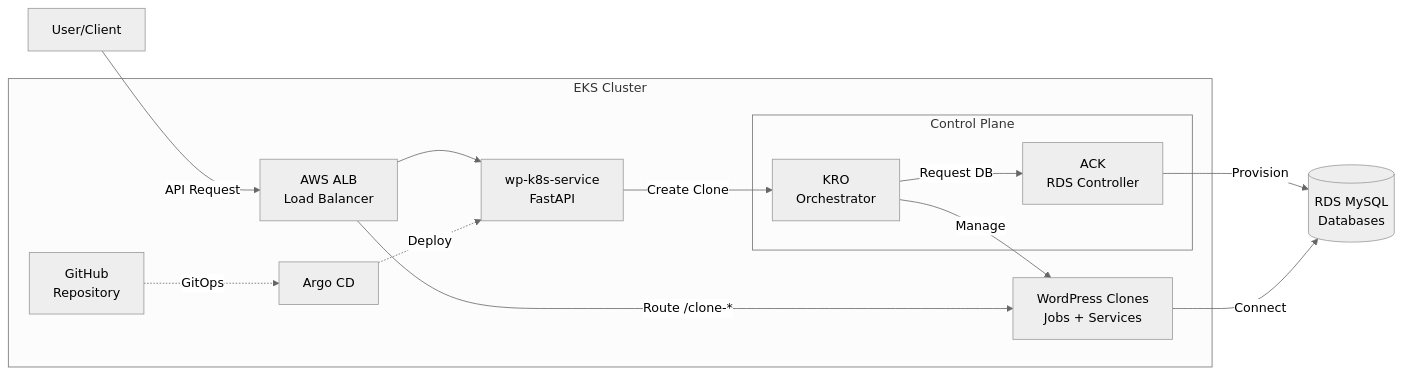
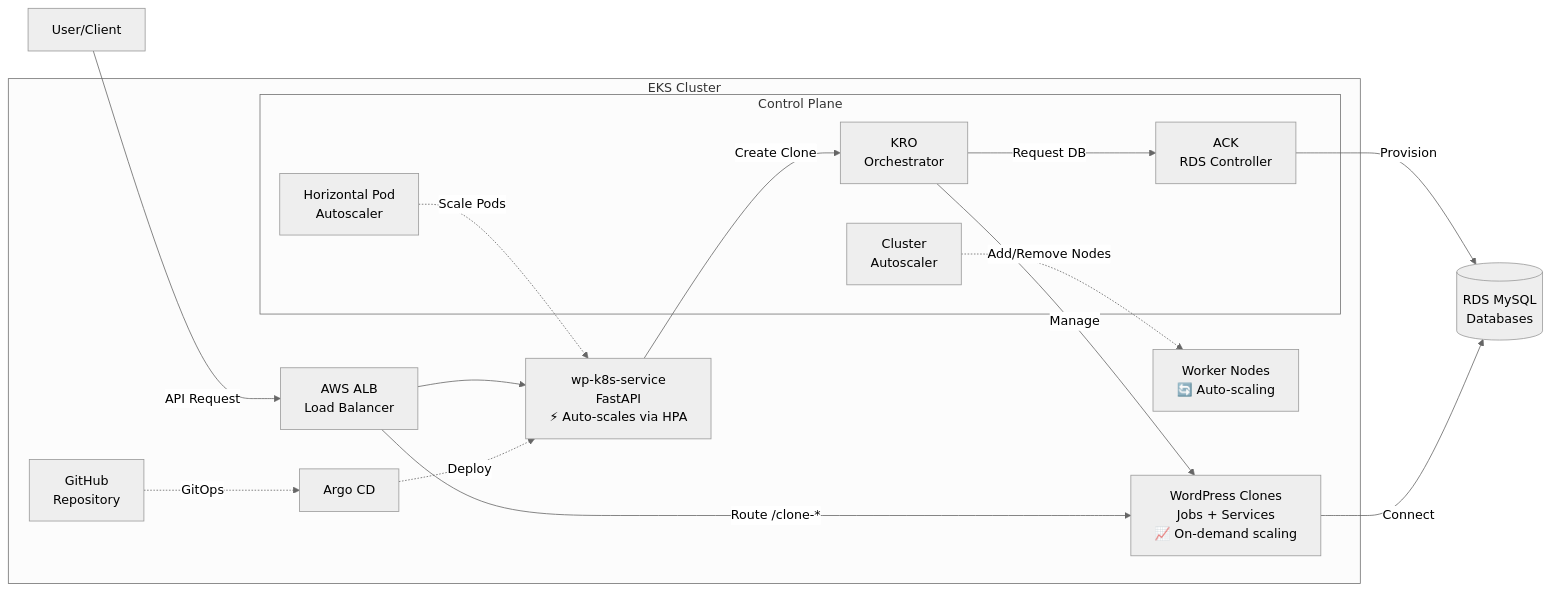
One commit to t0ct0c/clone-restore changed the first of 3 diagrams in custom-wp-migrator-poc/kubernetes/IMPLEMENTATION_PLAN.md. Above: the diagram before and after it, drawn with Mermaid (neutral theme). The commit also changed other lines of this file, not shown here.

First line of the commit message:
Add autoscaling and reliability features to architecture diagrams

````diff
--- a/custom-wp-migrator-poc/kubernetes/IMPLEMENTATION_PLAN.md
+++ b/custom-wp-migrator-poc/kubernetes/IMPLEMENTATION_PLAN.md
@@ -56,24 +56,29 @@
 ```mermaid
 graph LR
     User[User/Client] -->|API Request| ALB[AWS ALB<br/>Load Balancer]
 
     subgraph EKS["EKS Cluster"]
-        ALB --> WP[wp-k8s-service<br/>FastAPI]
+        ALB --> WP[wp-k8s-service<br/>FastAPI<br/>⚡ Auto-scales via HPA]
 
         subgraph Control["Control Plane"]
             KRO[KRO<br/>Orchestrator]
             ACK[ACK<br/>RDS Controller]
+            HPA[Horizontal Pod<br/>Autoscaler]
+            CA[Cluster<br/>Autoscaler]
         end
 
+        HPA -.->|Scale Pods| WP
+        CA -.->|Add/Remove Nodes| Nodes[Worker Nodes<br/>🔄 Auto-scaling]
+
         WP -->|Create Clone| KRO
-        KRO -->|Manage| Clones[WordPress Clones<br/>Jobs + Services]
+        KRO -->|Manage| Clones[WordPress Clones<br/>Jobs + Services<br/>📈 On-demand scaling]
         KRO -->|Request DB| ACK
 
         Git[GitHub<br/>Repository] -.->|GitOps| ArgoCD[Argo CD]
         ArgoCD -.->|Deploy| WP
     end
 
     ACK -->|Provision| RDS[(RDS MySQL<br/>Databases)]
     Clones -->|Connect| RDS
     ALB -->|Route /clone-*| Clones
 ```
````
